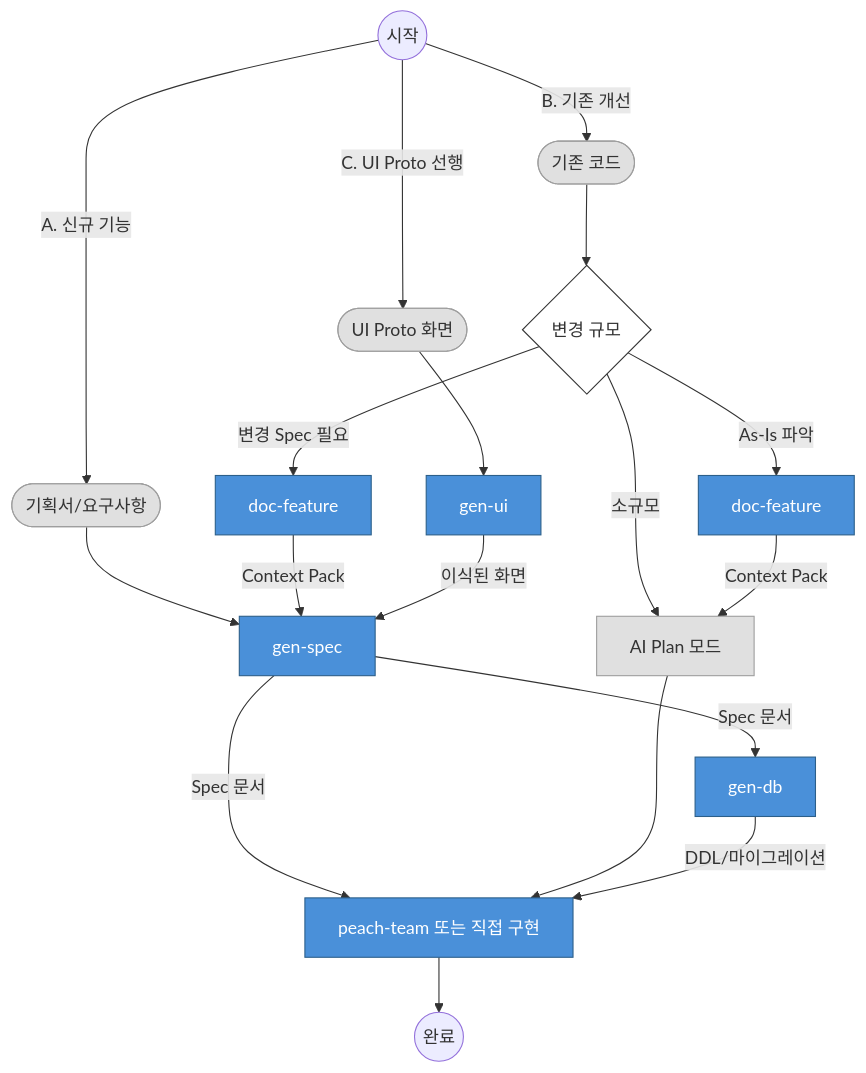
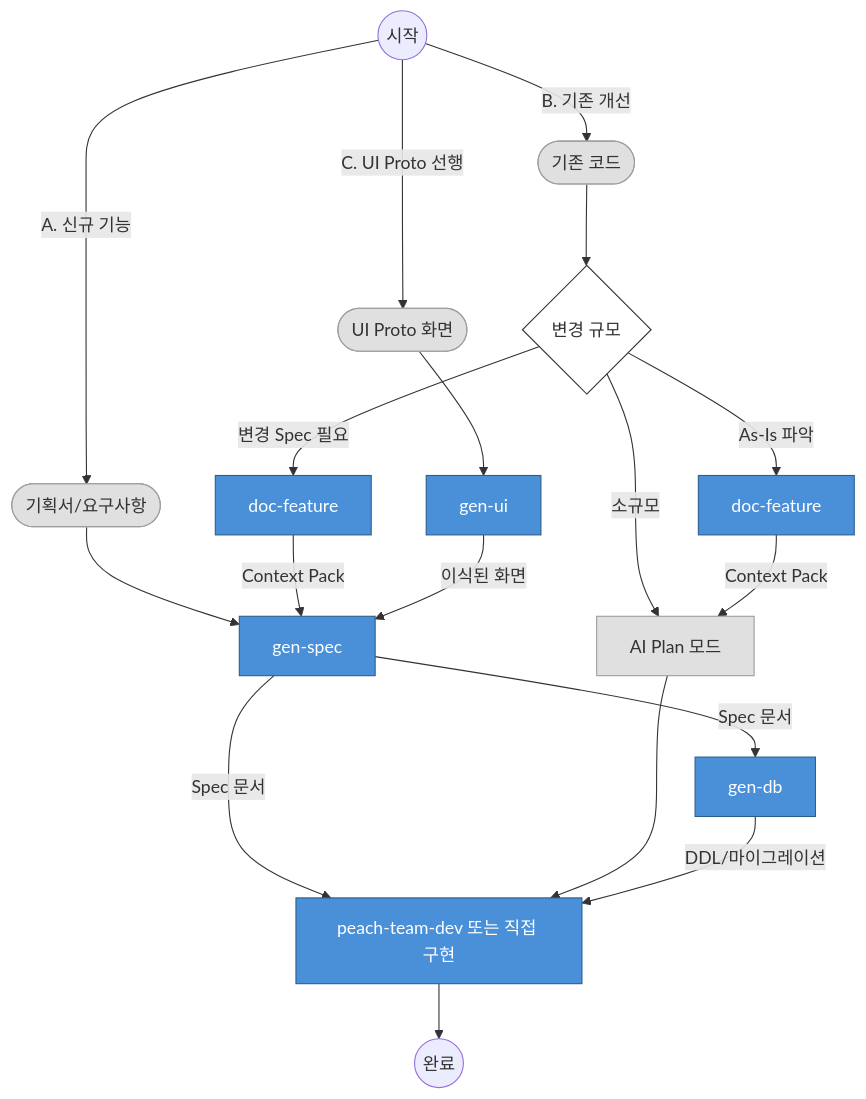
One commit to peachSolution/peach-harness changed the diagram in docs/02-SDD-가이드.md. Above: the diagram before and after it, drawn with Mermaid. The commit also changed other lines of this file and 30 other files, not shown here.

````diff
--- a/docs/02-SDD-가이드.md
+++ b/docs/02-SDD-가이드.md
@@ -7,38 +7,38 @@
 ```mermaid
 flowchart TD
     classDef skill fill:#4A90D9,stroke:#2C5F8A,color:#fff
     classDef artifact fill:#E0E0E0,stroke:#9E9E9E,color:#333
     classDef decision fill:#fff,stroke:#333,color:#333
 
     START(("시작"))
 
     START -->|"A. 신규 기능"| A_IN
     START -->|"B. 기존 개선"| B_IN
     START -->|"C. UI Proto 선행"| C_IN
 
     A_IN(["기획서/요구사항"]):::artifact
     B_IN(["기존 코드"]):::artifact
     C_IN(["UI Proto 화면"]):::artifact
 
     A_IN --> SPEC["gen-spec"]:::skill
 
     B_IN --> B_SCALE{"변경 규모"}
     B_SCALE -->|"소규모"| B_PLAN["AI Plan 모드"]:::artifact
     B_SCALE -->|"As-Is 파악"| FEATDOCS["doc-feature"]:::skill
     B_SCALE -->|"변경 Spec 필요"| FEATDOCS2["doc-feature"]:::skill
     FEATDOCS -->|"Context Pack"| B_PLAN
     FEATDOCS2 -->|"Context Pack"| SPEC
 
     C_IN --> GENUI["gen-ui"]:::skill
     GENUI -->|"이식된 화면"| SPEC
 
     SPEC -->|"Spec 문서"| GENDB["gen-db"]:::skill
     SPEC -->|"Spec 문서"| IMPL
     B_PLAN --> IMPL
 
-    GENDB -->|"DDL/마이그레이션"| IMPL["peach-team 또는 직접 구현"]:::skill
+    GENDB -->|"DDL/마이그레이션"| IMPL["peach-team-dev 또는 직접 구현"]:::skill
 
     IMPL --> DONE(("완료"))
 
     class B_SCALE decision
 ```
````
